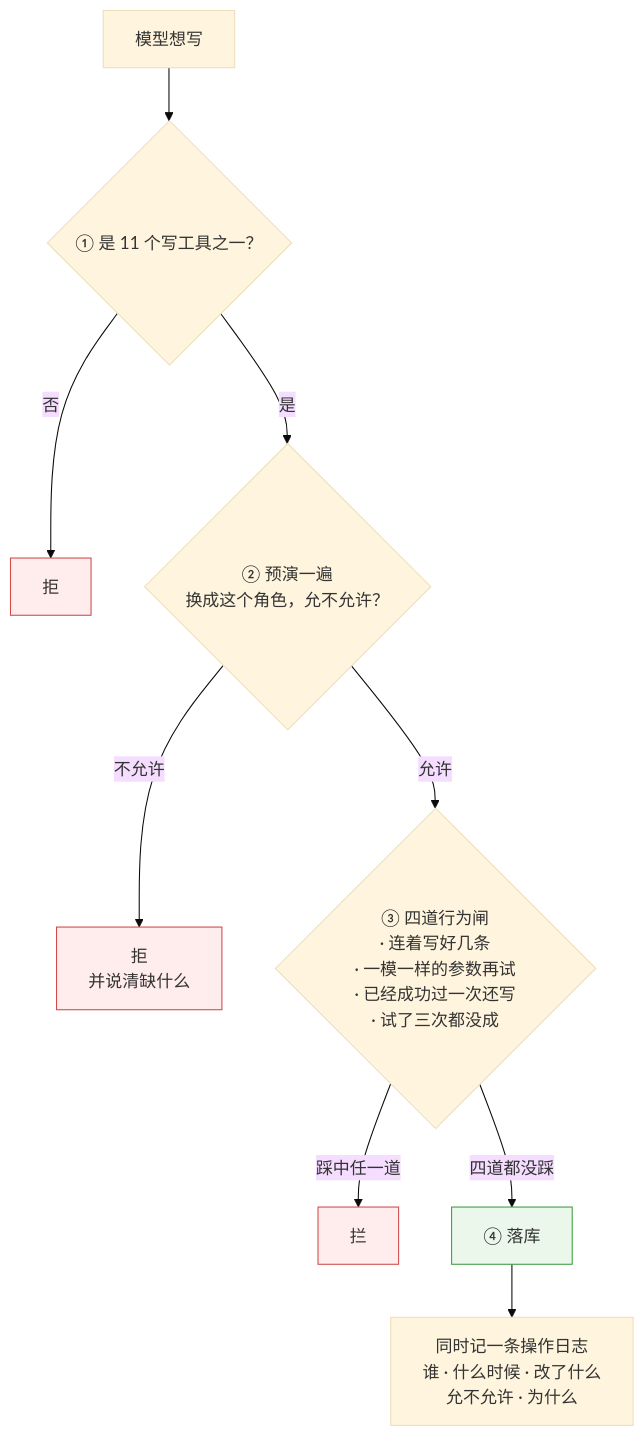
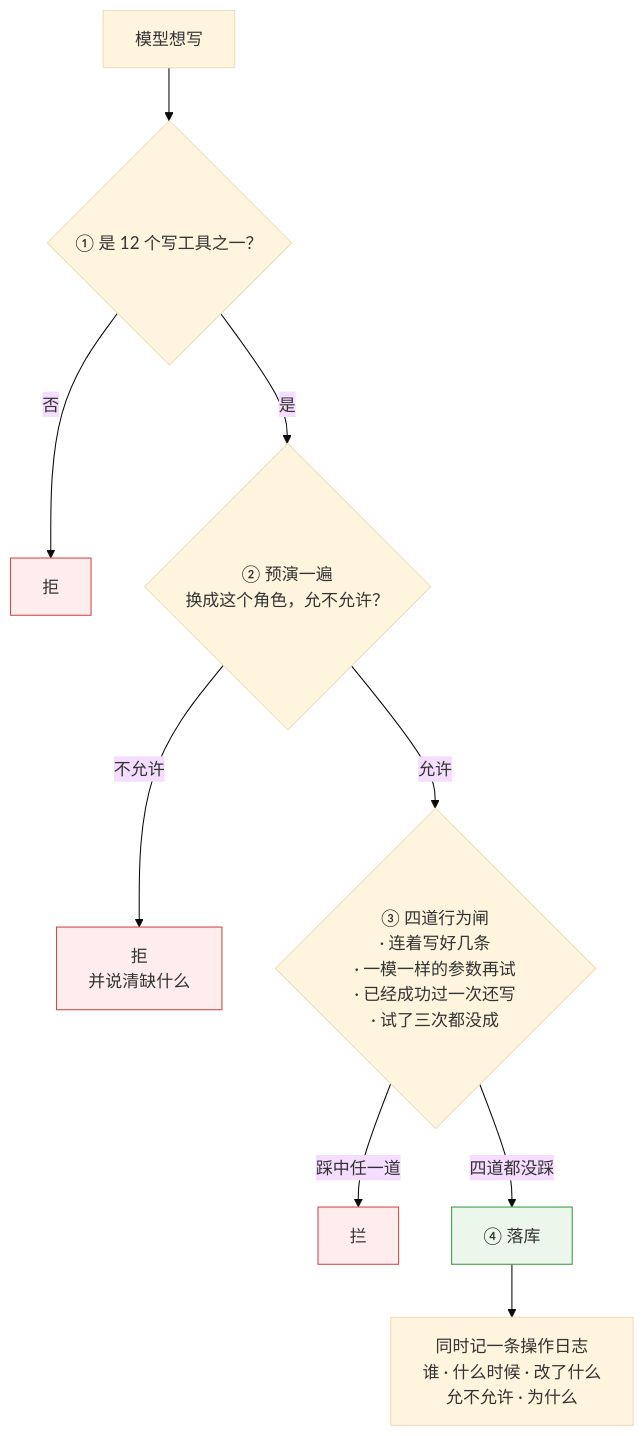
The second of 3 diagrams in 澜绣云裳agent-产品说明.md (843773296-rgb/lanxiu-yunshang-agent), drawn with Mermaid (base theme) before and after one commit. The commit also changed other lines of this file and 13 other files, not shown here.

````diff
--- a/澜绣云裳agent-产品说明.md
+++ b/澜绣云裳agent-产品说明.md
@@ -269,16 +269,16 @@
 ```mermaid
 flowchart TD
-    A["模型想写"] --> B{"① 是 11 个写工具之一？"}
+    A["模型想写"] --> B{"① 是 12 个写工具之一？"}
     B -- 否 --> X1["拒"]
     B -- 是 --> C{"② 预演一遍<br/>换成这个角色，允不允许？"}
     C -- 不允许 --> X2["拒<br/>并说清缺什么"]
     C -- 允许 --> D{"③ 四道行为闸<br/>· 连着写好几条<br/>· 一模一样的参数再试<br/>· 已经成功过一次还写<br/>· 试了三次都没成"}
     D -- "踩中任一道" --> X3["拦"]
     D -- "四道都没踩" --> E["④ 落库"]
     E --> F["同时记一条操作日志<br/>谁 · 什么时候 · 改了什么<br/>允不允许 · 为什么"]
 
     style X1 fill:#ffecec,stroke:#d24a4a
     style X2 fill:#ffecec,stroke:#d24a4a
     style X3 fill:#ffecec,stroke:#d24a4a
     style E fill:#eaf7ea,stroke:#3f9c42
 ```
````
